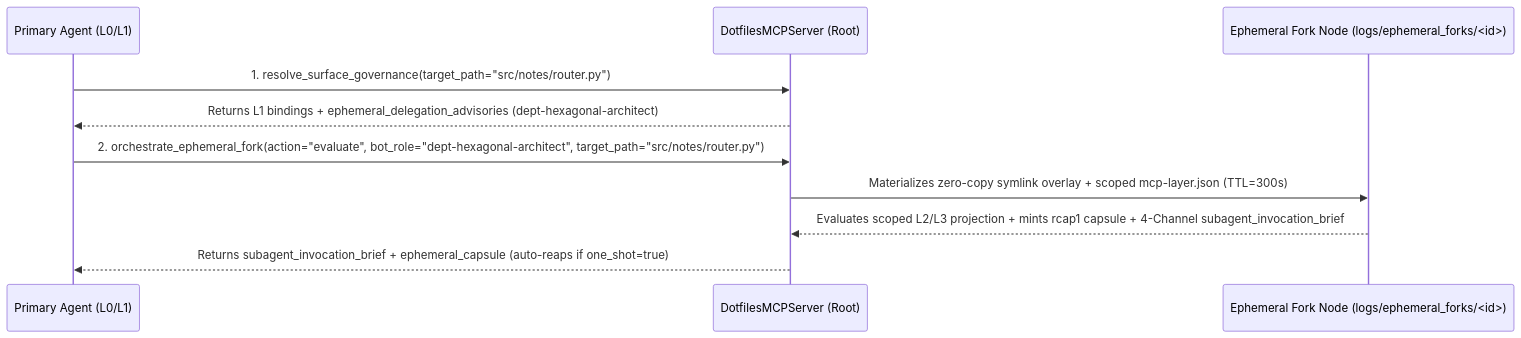
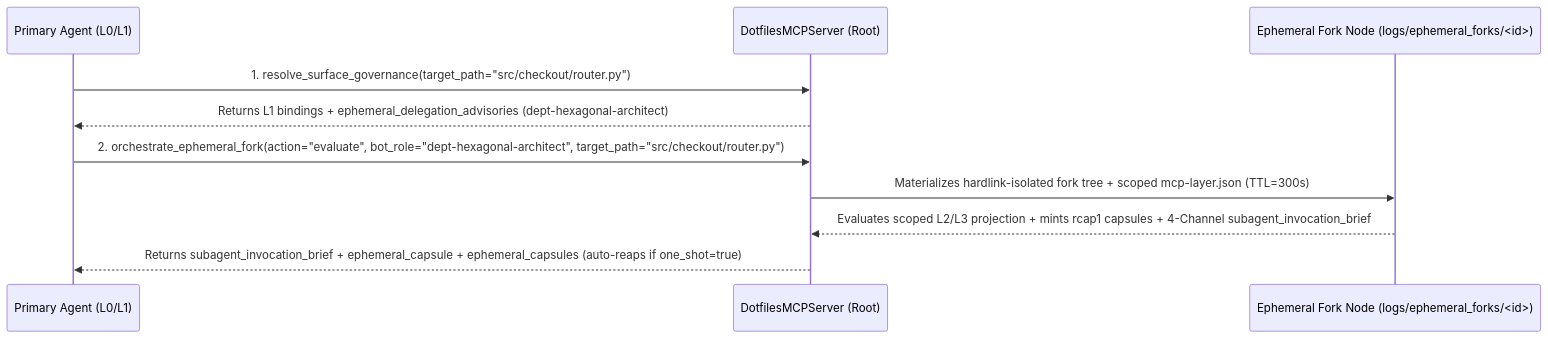
One commit to mtwuser/dotfiles-ubuntu changed the diagram in docs/architecture/05_ephemeral_forks_and_department_bots.md. Above: the diagram before and after it, drawn with Mermaid. The commit also changed other lines of this file and 21 other files, not shown here.

Commit message:
refactor(governance,mcp): enforce framework-agnostic purity and unify promoter_codon contract

````diff
--- a/docs/architecture/05_ephemeral_forks_and_department_bots.md
+++ b/docs/architecture/05_ephemeral_forks_and_department_bots.md
@@ -71,13 +71,13 @@
 ```mermaid
 sequenceDiagram
     participant Agent as Primary Agent (L0/L1)
     participant MCP as DotfilesMCPServer (Root)
     participant Eph as Ephemeral Fork Node (logs/ephemeral_forks/<id>)
 
-    Agent->>MCP: 1. resolve_surface_governance(target_path="src/notes/router.py")
+    Agent->>MCP: 1. resolve_surface_governance(target_path="src/checkout/router.py")
     MCP-->>Agent: Returns L1 bindings + ephemeral_delegation_advisories (dept-hexagonal-architect)
-    Agent->>MCP: 2. orchestrate_ephemeral_fork(action="evaluate", bot_role="dept-hexagonal-architect", target_path="src/notes/router.py")
-    MCP->>Eph: Materializes zero-copy symlink overlay + scoped mcp-layer.json (TTL=300s)
-    Eph-->>MCP: Evaluates scoped L2/L3 projection + mints rcap1 capsule + 4-Channel subagent_invocation_brief
-    MCP-->>Agent: Returns subagent_invocation_brief + ephemeral_capsule (auto-reaps if one_shot=true)
+    Agent->>MCP: 2. orchestrate_ephemeral_fork(action="evaluate", bot_role="dept-hexagonal-architect", target_path="src/checkout/router.py")
+    MCP->>Eph: Materializes hardlink-isolated fork tree + scoped mcp-layer.json (TTL=300s)
+    Eph-->>MCP: Evaluates scoped L2/L3 projection + mints rcap1 capsules + 4-Channel subagent_invocation_brief
+    MCP-->>Agent: Returns subagent_invocation_brief + ephemeral_capsule + ephemeral_capsules (auto-reaps if one_shot=true)
 ```
````
